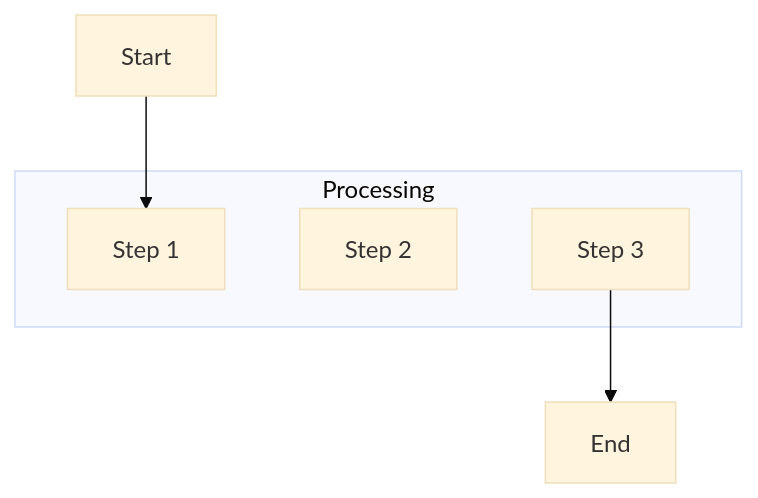
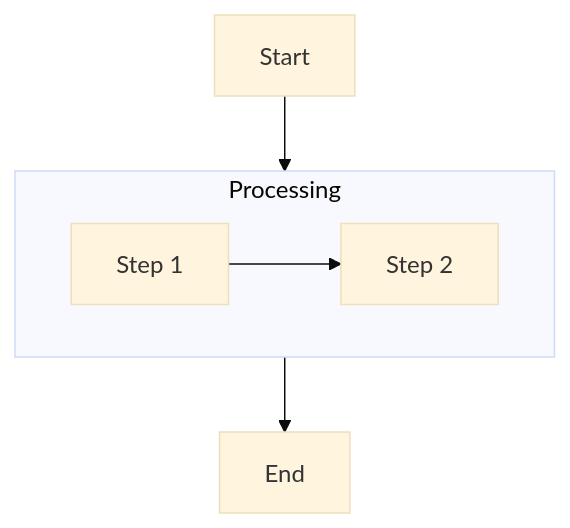
The first of 3 diagrams in plugins/general/skills/mermaid-diagrams/references/flowcharts.md (el-feo/ai-context), drawn with Mermaid (base theme) before and after one commit. The commit also changed other lines of this file and 8 other files, not shown here.

First line of the commit message:
refactor(general): reduce mermaid-diagrams SKILL.md and trim oversized references (#207)

````diff
--- a/plugins/general/skills/mermaid-diagrams/references/flowcharts.md
+++ b/plugins/general/skills/mermaid-diagrams/references/flowcharts.md
@@ -143,15 +42,10 @@
 ```mermaid
 flowchart TB
-    A[Start]
-    
     subgraph Processing
-        B[Step 1]
-        C[Step 2]
-        D[Step 3]
+        direction LR
+        B[Step 1] --> C[Step 2]
     end
-    
-    E[End]
-    
-    A --> B
-    D --> E
+
+    A[Start] --> B
+    C --> D[End]
 ```
````
